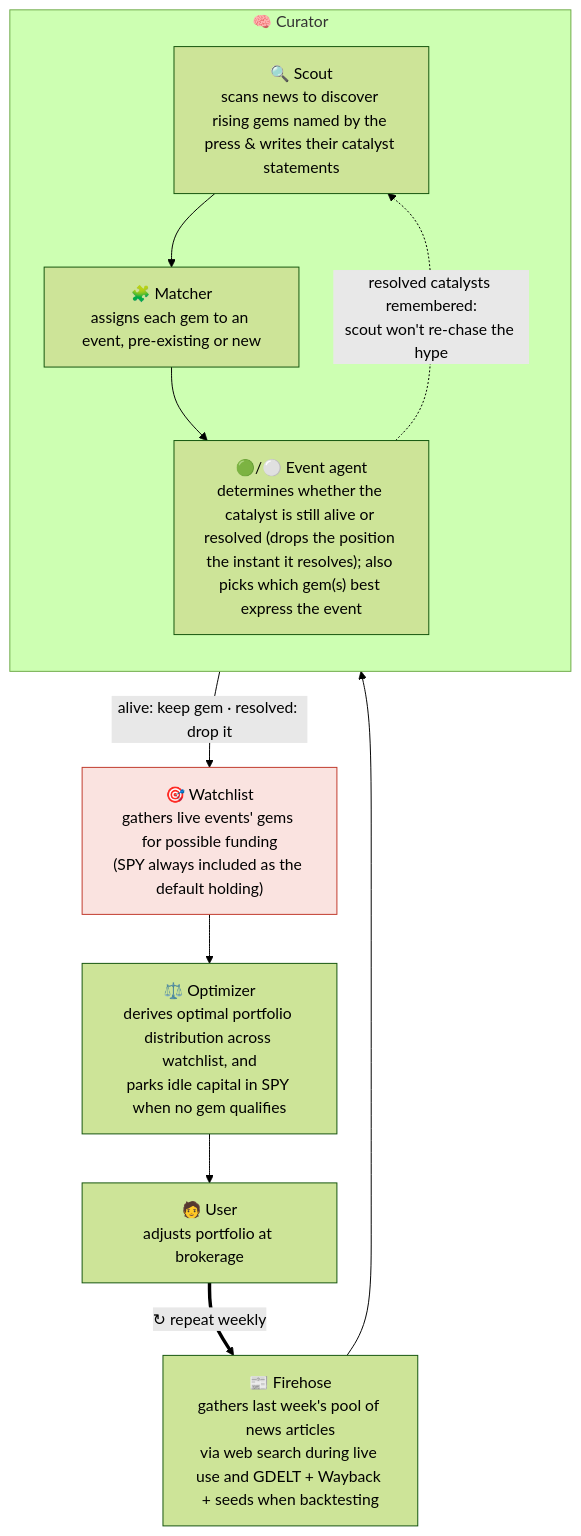
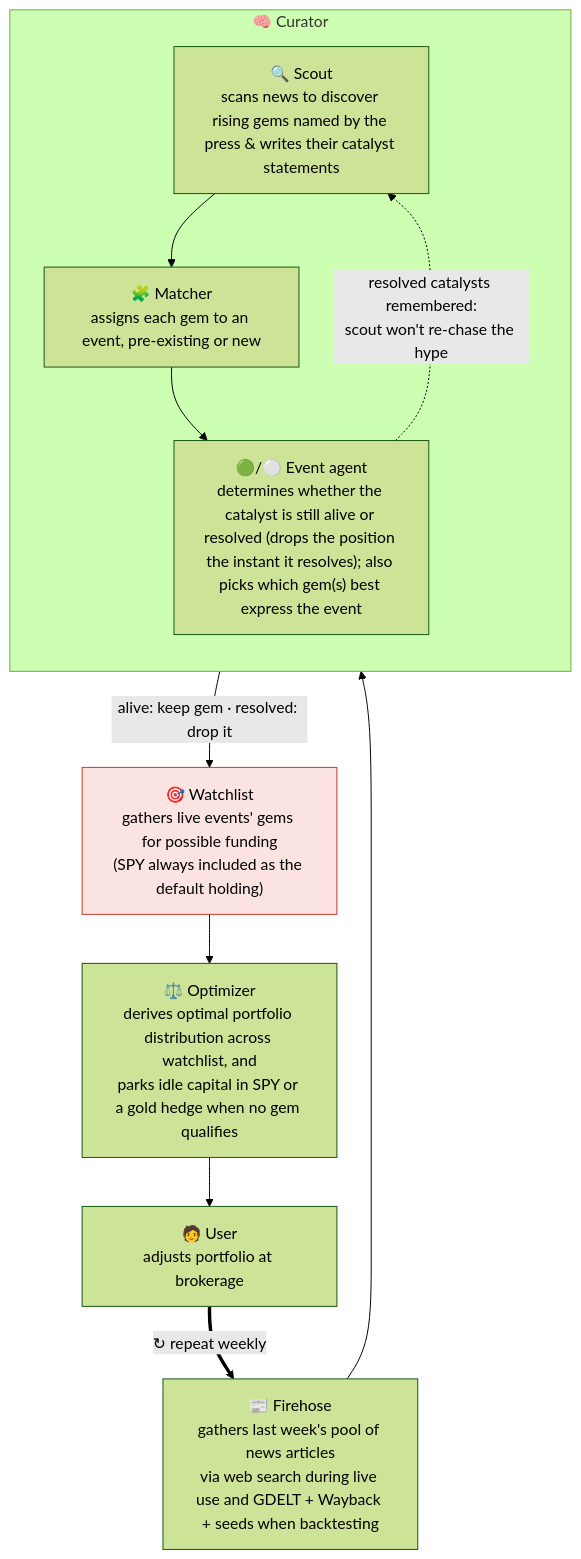
One commit to joehahn/geo-herd-rider changed the first of 2 diagrams in README.md. Above: the diagram before and after it, drawn with Mermaid (forest theme). The commit also changed other lines of this file and 26 other files, not shown here.

````diff
--- a/README.md
+++ b/README.md
@@ -18,25 +18,25 @@
 ```mermaid
 flowchart TD
     S["📰 Firehose<br/>gathers last week's pool of news articles<br/>via web search during live use and GDELT + Wayback + seeds when backtesting"]
 
     subgraph CUR["🧠 Curator"]
       direction TB
       SC["🔍 Scout<br/>scans news to discover rising gems named by the press & writes their catalyst statements"]
       MA["🧩 Matcher<br/>assigns each gem to an event, pre-existing or new"]
       AG["🟢/⚪ Event agent<br/>determines whether the catalyst is still alive or resolved (drops the position the instant it resolves); also picks which gem(s) best express the event"]
       SC --> MA --> AG
     end
 
     E["🎯 Watchlist<br/>gathers live events' gems for possible funding<br/>(SPY always included as the default holding)"]
-    W["⚖️ Optimizer<br/>derives optimal portfolio distribution across watchlist, and<br/>parks idle capital in SPY when no gem qualifies"]
+    W["⚖️ Optimizer<br/>derives optimal portfolio distribution across watchlist, and<br/>parks idle capital in SPY or a gold hedge when no gem qualifies"]
     U["🧑 User<br/>adjusts portfolio at brokerage"]
 
     S --> SC
     AG -- "alive: keep gem · resolved: drop it" --> E
     AG -. "resolved catalysts remembered:<br/>scout won't re-chase the hype" .-> SC
     E --> W --> U
     U == "↻ repeat weekly" ==> S
 
     classDef bet fill:#fae3e0,stroke:#c0392b;
     class E bet
 ```
````
